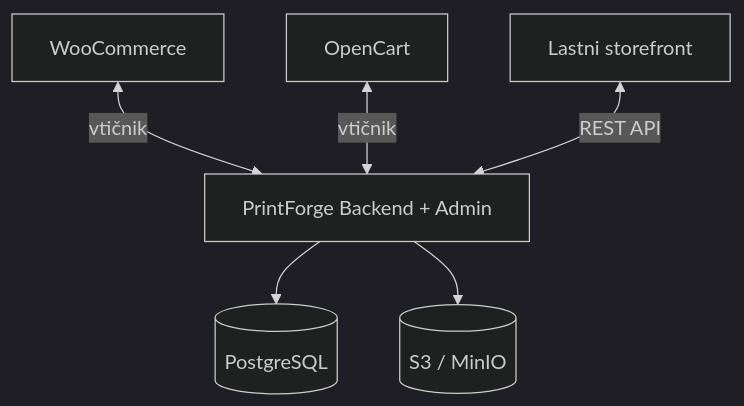
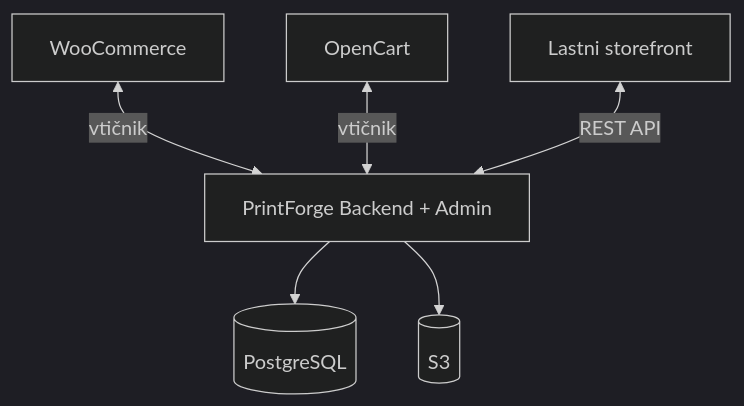
The third of 19 diagrams in README.md (neoxk/printforge), drawn with Mermaid (dark theme) before and after one commit. The commit also changed other lines of this file, not shown here.

````diff
--- a/README.md
+++ b/README.md
@@ -98,11 +92,11 @@
 ```mermaid
 graph TD
     PF[PrintForge Backend + Admin]
 
     WC[WooCommerce] <-->|vtičnik| PF
     OC[OpenCart] <-->|vtičnik| PF
     CS[Lastni storefront] <-->|REST API| PF
 
     PF --> DB[(PostgreSQL)]
-    PF --> S3[(S3 / MinIO)]
+    PF --> S3[(S3)]
 ```
````
